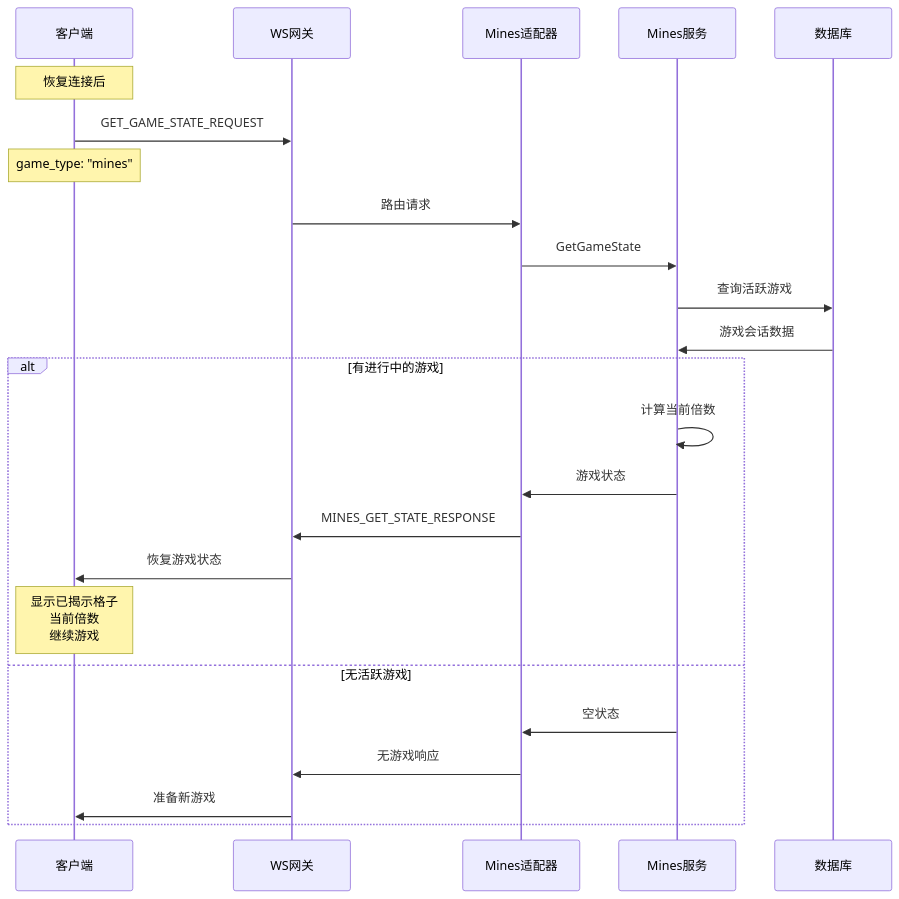
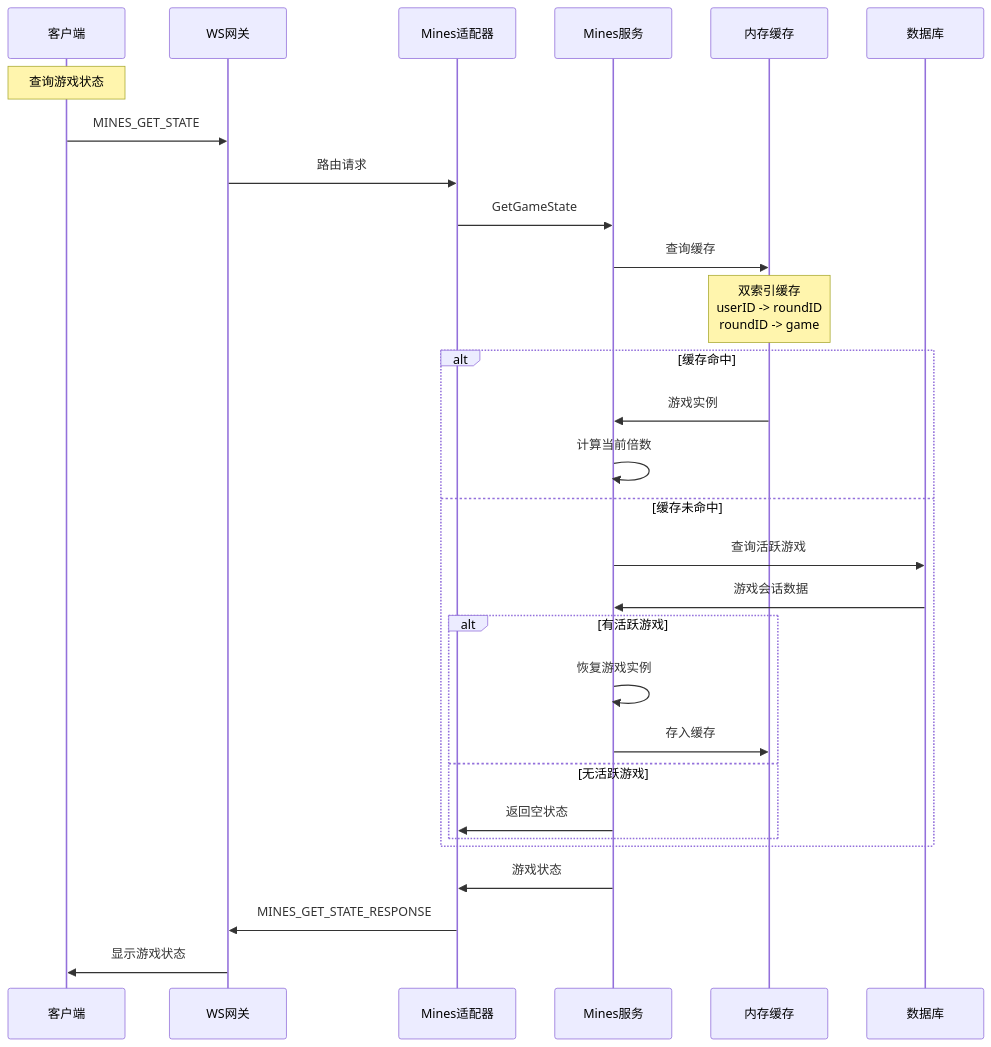
Diagram 12 of 32 in sequence-diagrams-zh.md (infigaming-com/invoker-gh-pages), drawn with Mermaid before and after one commit. The commit also changed other lines of this file and 3 other files, not shown here.

````diff
--- a/sequence-diagrams-zh.md
+++ b/sequence-diagrams-zh.md
@@ -582,31 +582,38 @@
 ```mermaid
 sequenceDiagram
     participant Client as 客户端
     participant WSGateway as WS网关
     participant MinesAdapter as Mines适配器
     participant MinesService as Mines服务
+    participant Cache as 内存缓存
     participant Database as 数据库
 
-    Note over Client: 恢复连接后
+    Note over Client: 查询游戏状态
     
-    Client->>WSGateway: GET_GAME_STATE_REQUEST
-    Note over Client: game_type: "mines"
+    Client->>WSGateway: MINES_GET_STATE
     
     WSGateway->>MinesAdapter: 路由请求
     MinesAdapter->>MinesService: GetGameState
     
-    MinesService->>Database: 查询活跃游戏
-    Database->>MinesService: 游戏会话数据
+    MinesService->>Cache: 查询缓存
+    Note over Cache: 双索引缓存<br/>userID -> roundID<br/>roundID -> game
     
-    alt 有进行中的游戏
+    alt 缓存命中
+        Cache->>MinesService: 游戏实例
         MinesService->>MinesService: 计算当前倍数
-        MinesService->>MinesAdapter: 游戏状态
-        MinesAdapter->>WSGateway: MINES_GET_STATE_RESPONSE
-        WSGateway->>Client: 恢复游戏状态
-        Note over Client: 显示已揭示格子<br/>当前倍数<br/>继续游戏
-    else 无活跃游戏
-        MinesService->>MinesAdapter: 空状态
-        MinesAdapter->>WSGateway: 无游戏响应
-        WSGateway->>Client: 准备新游戏
+    else 缓存未命中
+        MinesService->>Database: 查询活跃游戏
+        Database->>MinesService: 游戏会话数据
+        
+        alt 有活跃游戏
+            MinesService->>MinesService: 恢复游戏实例
+            MinesService->>Cache: 存入缓存
+        else 无活跃游戏
+            MinesService->>MinesAdapter: 返回空状态
+        end
     end
+    
+    MinesService->>MinesAdapter: 游戏状态
+    MinesAdapter->>WSGateway: MINES_GET_STATE_RESPONSE
+    WSGateway->>Client: 显示游戏状态
 ```
````
